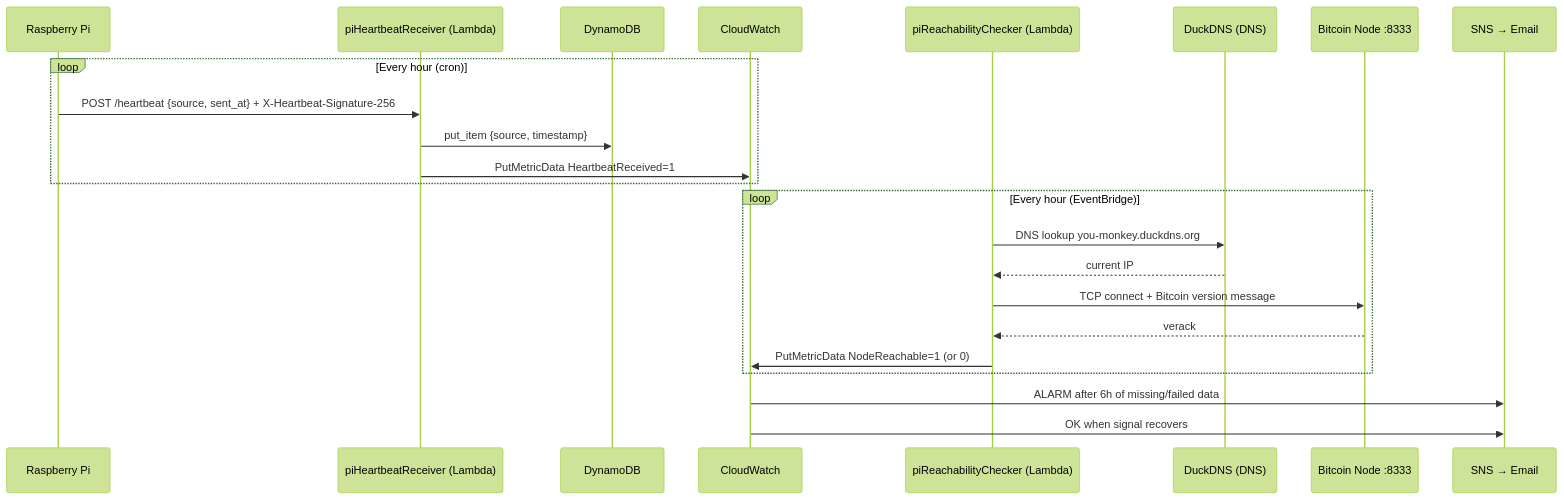
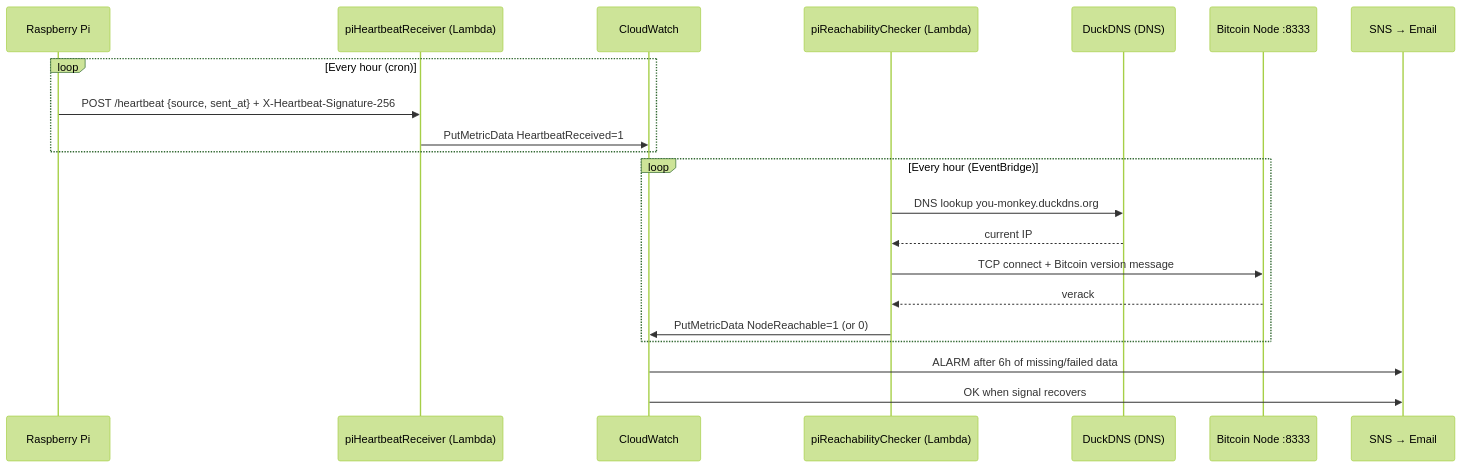
One commit to janrothen/bitcoin-node-watchdog changed the diagram in README.md. Above: the diagram before and after it, drawn with Mermaid (forest theme). The commit also changed other lines of this file and 4 other files, not shown here.

````diff
--- a/README.md
+++ b/README.md
@@ -29,28 +29,26 @@
 ```mermaid
 sequenceDiagram
     participant Pi as Raspberry Pi
     participant Recv as piHeartbeatReceiver (Lambda)
-    participant DB as DynamoDB
     participant CW as CloudWatch
     participant Check as piReachabilityChecker (Lambda)
     participant Duck as DuckDNS (DNS)
     participant Node as Bitcoin Node :8333
     participant SNS as SNS → Email
 
     loop Every hour (cron)
         Pi->>Recv: POST /heartbeat {source, sent_at} + X-Heartbeat-Signature-256
-        Recv->>DB: put_item {source, timestamp}
         Recv->>CW: PutMetricData HeartbeatReceived=1
     end
 
     loop Every hour (EventBridge)
         Check->>Duck: DNS lookup you-monkey.duckdns.org
         Duck-->>Check: current IP
         Check->>Node: TCP connect + Bitcoin version message
         Node-->>Check: verack
         Check->>CW: PutMetricData NodeReachable=1 (or 0)
     end
 
     CW->>SNS: ALARM after 6h of missing/failed data
     CW->>SNS: OK when signal recovers
 ```
````
